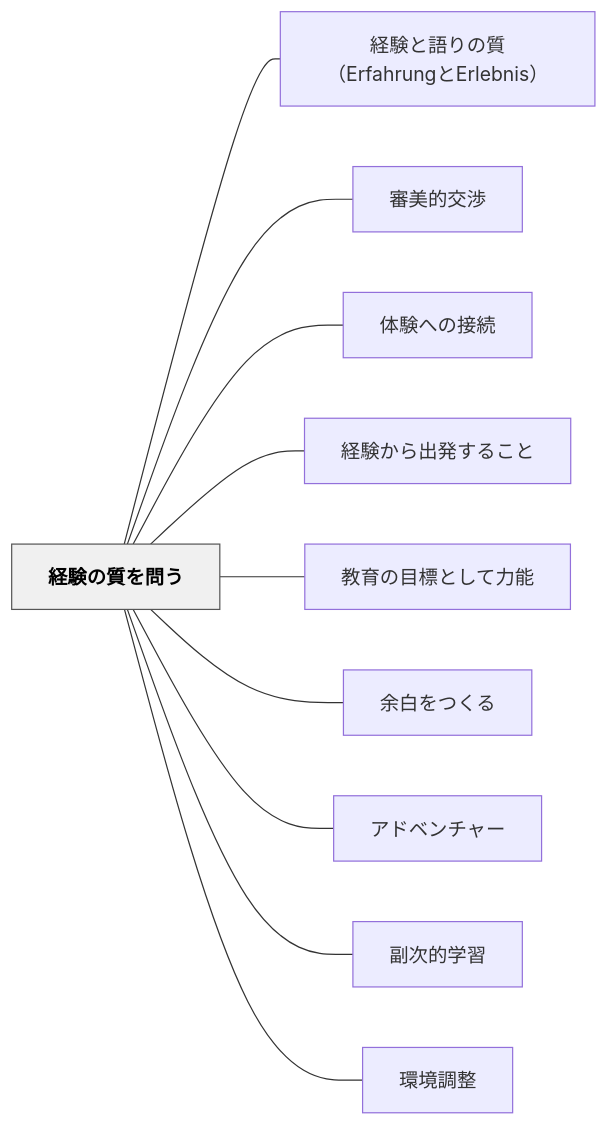
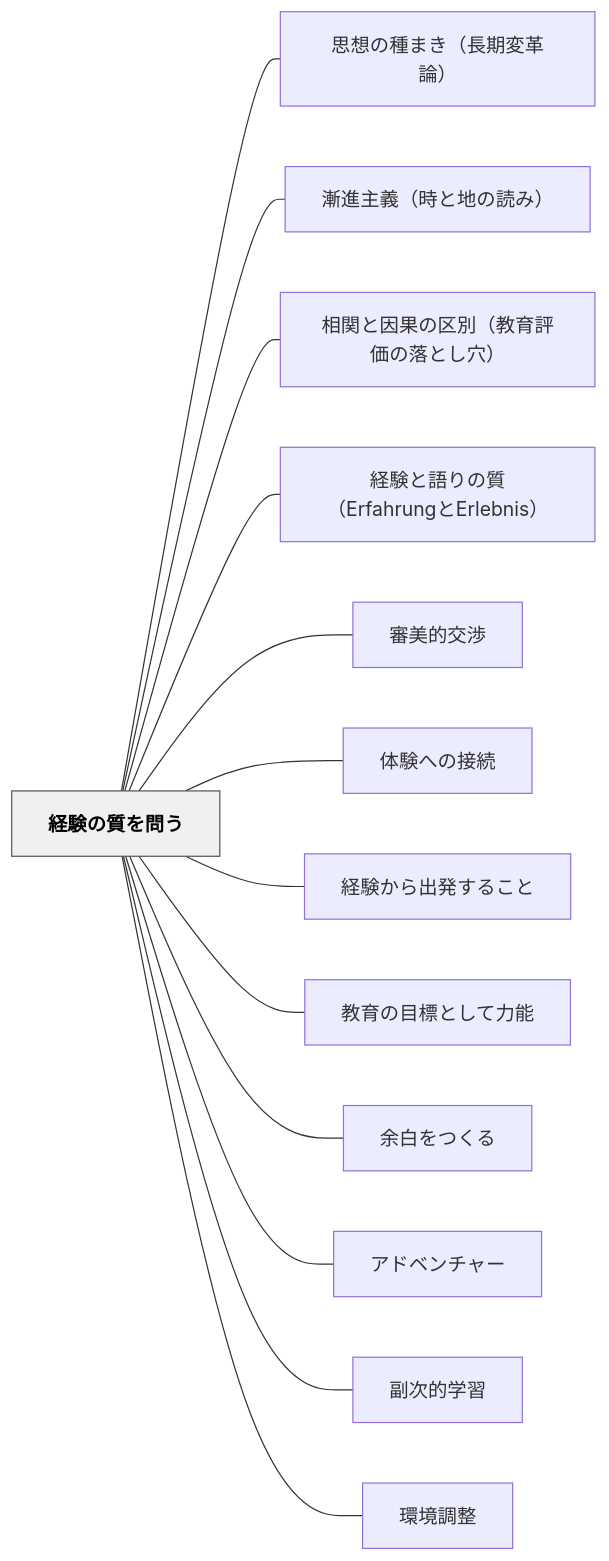
The diagram in content/パタン/経験の質を問う.md (unknownthings-ed-patterns/unknownthings-ed-patterns), drawn with Mermaid before and after one commit. The commit also changed other lines of this file and 185 other files, not shown here.

````diff
--- a/content/パタン/経験の質を問う.md
+++ b/content/パタン/経験の質を問う.md
@@ -134,26 +137,32 @@
 ```mermaid
 flowchart LR
     ne7b58ce9a893e381aee8b3aae38292e5958fe38186["経験の質を問う"]
+    ne6809de683b3e381aee7a8aee381bee3818defbc88e995b7e69c9fe5a489e99da9e8ab96efbc89["思想の種まき（長期変革論）"]
+    ne6bcb8e980b2e4b8bbe7bea9efbc88e69982e381a8e59cb0e381aee8aaade381bfefbc89["漸進主義（時と地の読み）"]
+    ne79bb8e996a2e381a8e59ba0e69e9ce381aee58cbae588a5efbc88e69599e882b2e8a995e4bea1e381aee890bde381a8e38197e7a9b4efbc89["相関と因果の区別（教育評価の落とし穴）"]
     ne7b58ce9a893e381a8e8aa9ee3828ae381aee8b3aaefbc88457266616872756e67e381a845726c65626e6973efbc89["経験と語りの質（ErfahrungとErlebnis）"]
     ne5afa9e7be8ee79a84e4baa4e6b889["審美的交渉"]
     ne4bd93e9a893e381b8e381aee68ea5e7b69a["体験への接続"]
     ne7b58ce9a893e3818be38289e587bae799bae38199e3828be38193e381a8["経験から出発すること"]
     ne69599e882b2e381aee79baee6a899e381a8e38197e381a6e58a9be883bd["教育の目標として力能"]
     ne4bd99e799bde38292e381a4e3818fe3828b["余白をつくる"]
     ne382a2e38389e38399e383b3e38381e383a3e383bc["アドベンチャー"]
     ne589afe6aca1e79a84e5ada6e7bf92["副次的学習"]
     ne792b0e5a283e8aabfe695b4["環境調整"]
 
+    ne7b58ce9a893e381aee8b3aae38292e5958fe38186 --- ne6809de683b3e381aee7a8aee381bee3818defbc88e995b7e69c9fe5a489e99da9e8ab96efbc89
+    ne7b58ce9a893e381aee8b3aae38292e5958fe38186 --- ne6bcb8e980b2e4b8bbe7bea9efbc88e69982e381a8e59cb0e381aee8aaade381bfefbc89
+    ne7b58ce9a893e381aee8b3aae38292e5958fe38186 --- ne79bb8e996a2e381a8e59ba0e69e9ce381aee58cbae588a5efbc88e69599e882b2e8a995e4bea1e381aee890bde381a8e38197e7a9b4efbc89
     ne7b58ce9a893e381aee8b3aae38292e5958fe38186 --- ne7b58ce9a893e381a8e8aa9ee3828ae381aee8b3aaefbc88457266616872756e67e381a845726c65626e6973efbc89
     ne7b58ce9a893e381aee8b3aae38292e5958fe38186 --- ne5afa9e7be8ee79a84e4baa4e6b889
     ne7b58ce9a893e381aee8b3aae38292e5958fe38186 --- ne4bd93e9a893e381b8e381aee68ea5e7b69a
     ne7b58ce9a893e381aee8b3aae38292e5958fe38186 --- ne7b58ce9a893e3818be38289e587bae799bae38199e3828be38193e381a8
     ne7b58ce9a893e381aee8b3aae38292e5958fe38186 --- ne69599e882b2e381aee79baee6a899e381a8e38197e381a6e58a9be883bd
     ne7b58ce9a893e381aee8b3aae38292e5958fe38186 --- ne4bd99e799bde38292e381a4e3818fe3828b
     ne7b58ce9a893e381aee8b3aae38292e5958fe38186 --- ne382a2e38389e38399e383b3e38381e383a3e383bc
     ne7b58ce9a893e381aee8b3aae38292e5958fe38186 --- ne589afe6aca1e79a84e5ada6e7bf92
     ne7b58ce9a893e381aee8b3aae38292e5958fe38186 --- ne792b0e5a283e8aabfe695b4
 
     classDef hub fill:#f0f0f0,stroke:#555,color:#000,font-weight:bold
     class ne7b58ce9a893e381aee8b3aae38292e5958fe38186 hub
 ```
````
